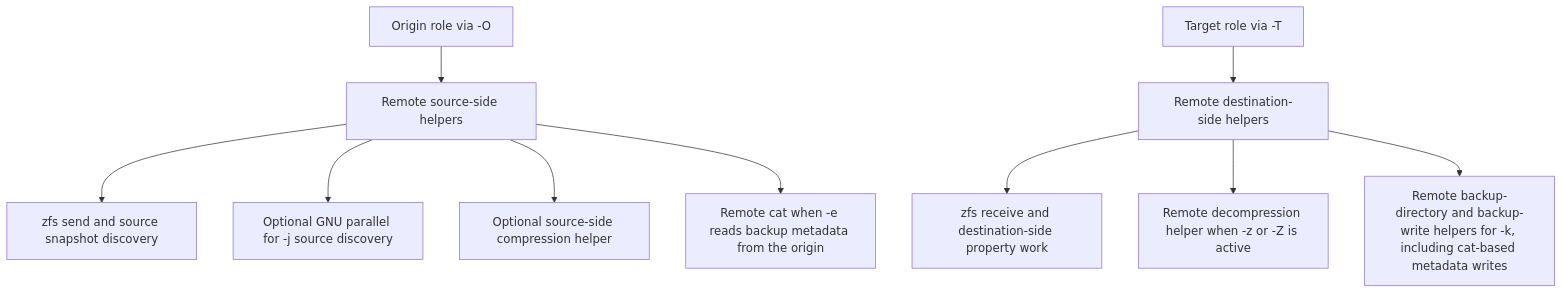
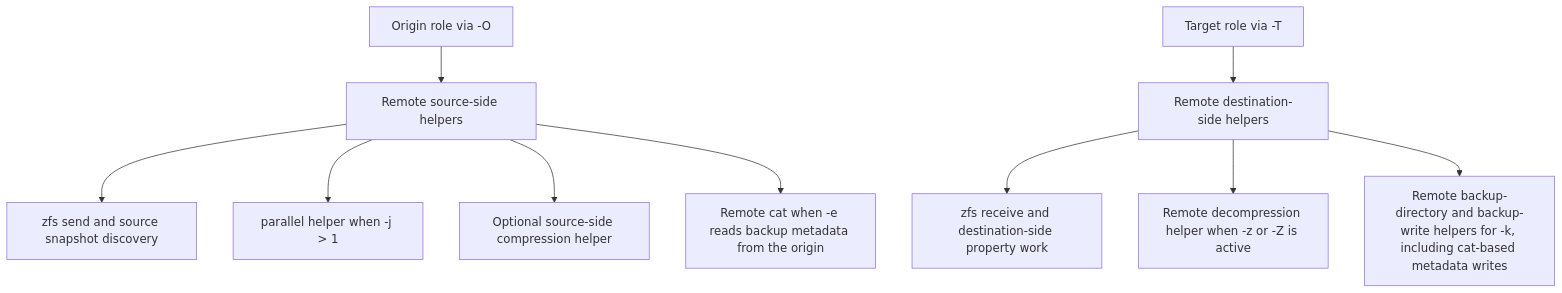
One commit to totalAldo/zxfer changed the second of 2 diagrams in docs/platforms.md. Above: the diagram before and after it, drawn with Mermaid. The commit also changed other lines of this file and 26 other files, not shown here.

````diff
--- a/docs/platforms.md
+++ b/docs/platforms.md
@@ -129,13 +128,13 @@
 ```mermaid
 flowchart TD
     A["Origin role via -O"] --> B["Remote source-side helpers"]
     B --> C["zfs send and source snapshot discovery"]
-    B --> D["Optional GNU parallel for -j source discovery"]
+    B --> D["parallel helper when -j > 1"]
     B --> E["Optional source-side compression helper"]
     B --> F["Remote cat when -e reads backup metadata from the origin"]
 
     G["Target role via -T"] --> H["Remote destination-side helpers"]
     H --> I["zfs receive and destination-side property work"]
     H --> J["Remote decompression helper when -z or -Z is active"]
     H --> K["Remote backup-directory and backup-write helpers for -k, including cat-based metadata writes"]
 ```
````
